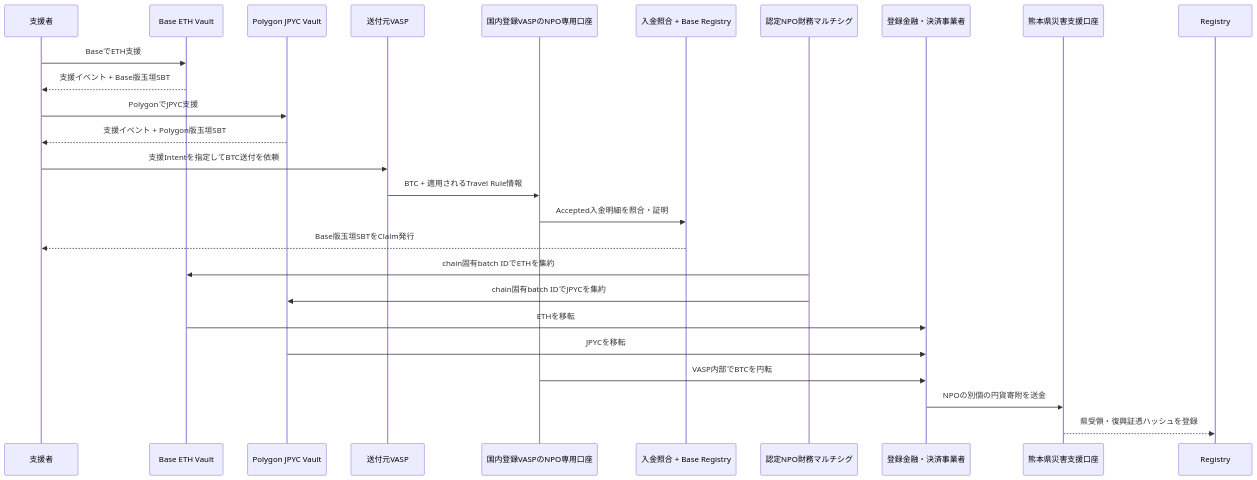
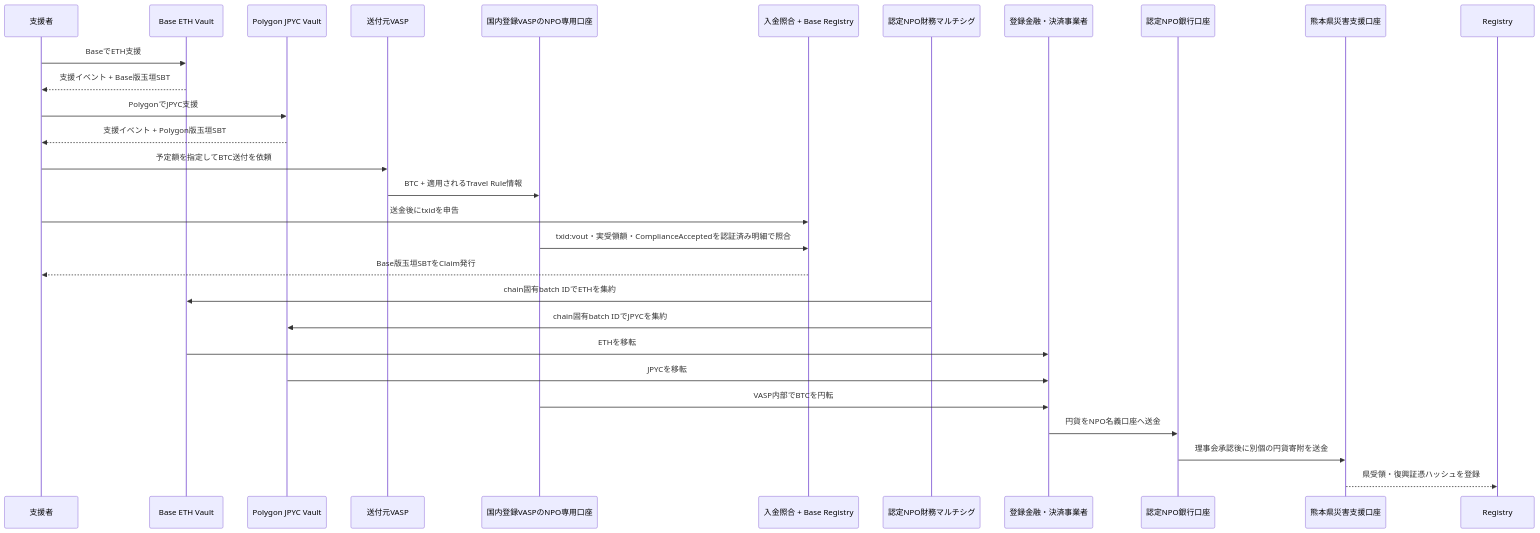
One commit to ShigeichiroYamasaki/yui-no-kaki-kumamoto changed the diagram in docs/fund-flow.md. Above: the diagram before and after it, drawn with Mermaid. The commit also changed other lines of this file and 18 other files, not shown here.

````diff
--- a/docs/fund-flow.md
+++ b/docs/fund-flow.md
@@ -11,28 +11,31 @@
 ```mermaid
 sequenceDiagram
   participant S as 支援者
   participant BV as Base ETH Vault
   participant PV as Polygon JPYC Vault
   participant OV as 送付元VASP
   participant BTC as 国内登録VASPのNPO専用口座
   participant BR as 入金照合 + Base Registry
   participant O as 認定NPO財務マルチシグ
   participant E as 登録金融・決済事業者
+  participant NB as 認定NPO銀行口座
   participant K as 熊本県災害支援口座
   participant R as Registry
   S->>BV: BaseでETH支援
   BV-->>S: 支援イベント + Base版玉垣SBT
   S->>PV: PolygonでJPYC支援
   PV-->>S: 支援イベント + Polygon版玉垣SBT
-  S->>OV: 支援Intentを指定してBTC送付を依頼
+  S->>OV: 予定額を指定してBTC送付を依頼
   OV->>BTC: BTC + 適用されるTravel Rule情報
-  BTC->>BR: Accepted入金明細を照合・証明
+  S->>BR: 送金後にtxidを申告
+  BTC->>BR: txid:vout・実受領額・ComplianceAcceptedを認証済み明細で照合
   BR-->>S: Base版玉垣SBTをClaim発行
   O->>BV: chain固有batch IDでETHを集約
   O->>PV: chain固有batch IDでJPYCを集約
   BV->>E: ETHを移転
   PV->>E: JPYCを移転
   BTC->>E: VASP内部でBTCを円転
-  E->>K: NPOの別個の円貨寄附を送金
+  E->>NB: 円貨をNPO名義口座へ送金
+  NB->>K: 理事会承認後に別個の円貨寄附を送金
   K-->>R: 県受領・復興証憑ハッシュを登録
 ```
````
